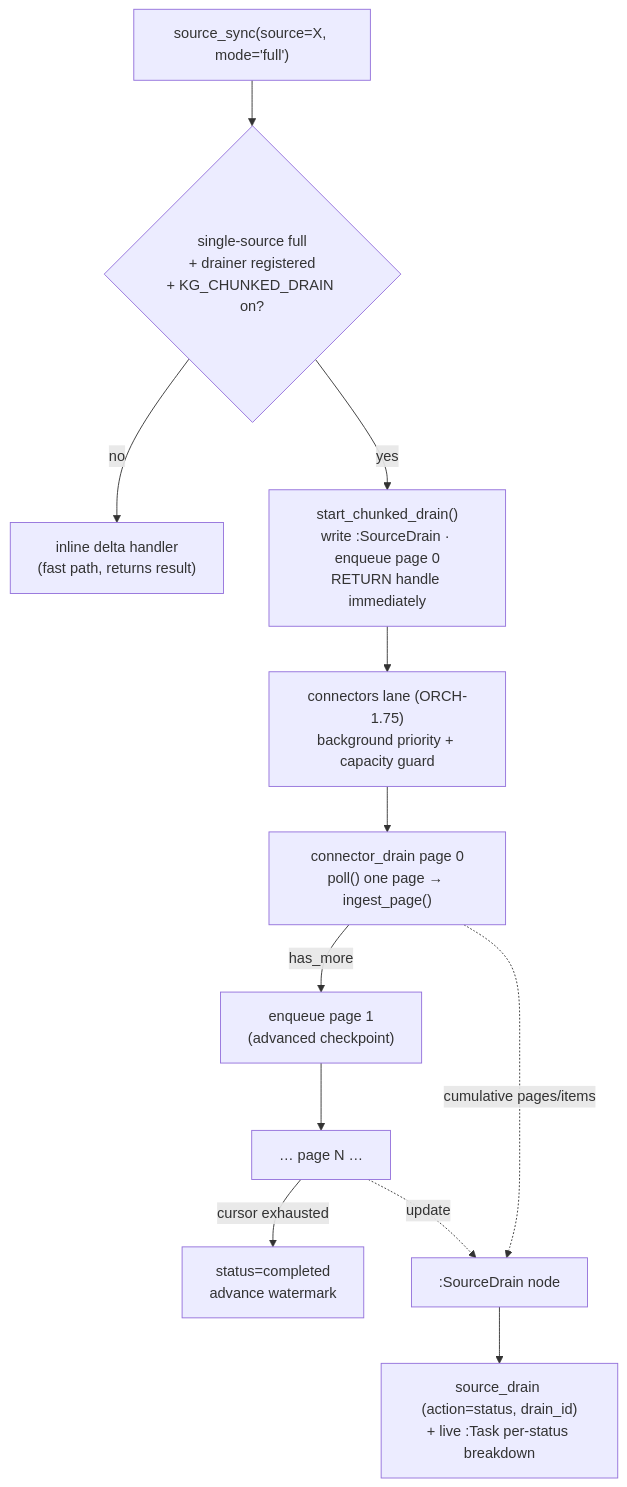
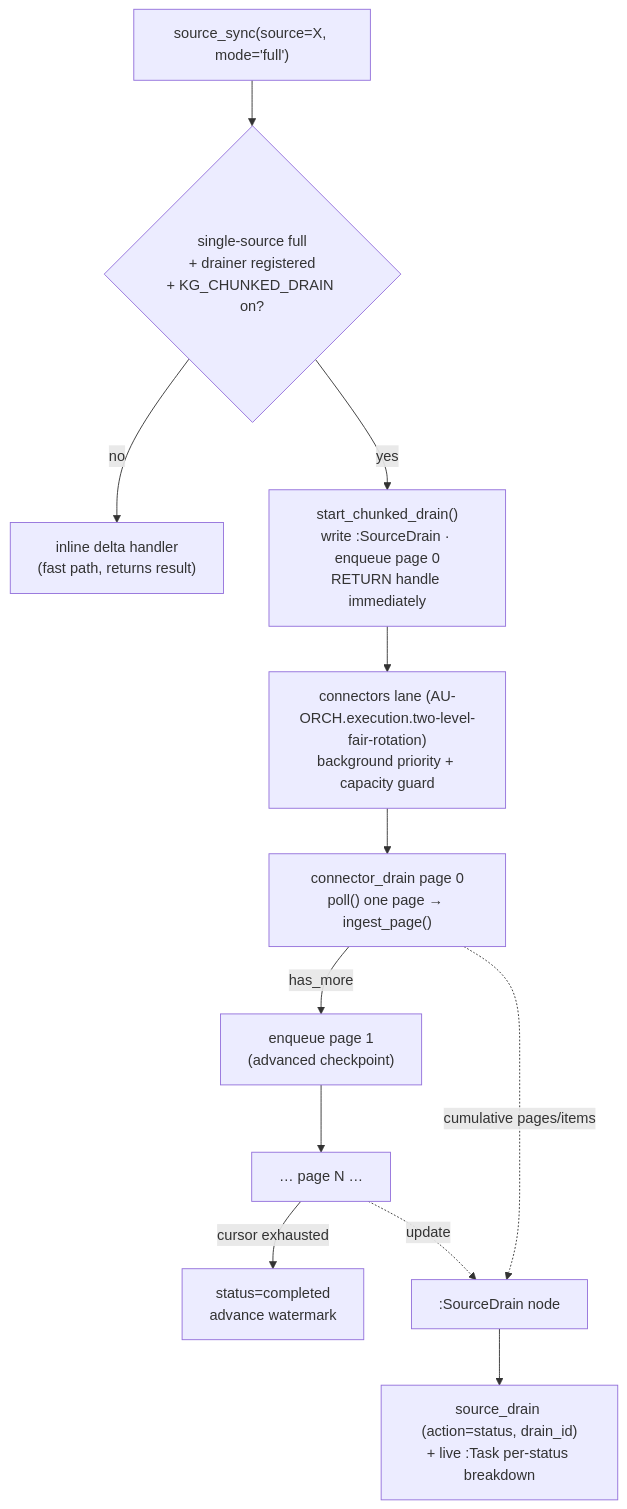
One commit to Knuckles-Team/agent-utilities changed the diagram in docs/architecture/chunked-async-drain.md. Above: the diagram before and after it, drawn with Mermaid. The commit also changed other lines of this file and 2324 other files, not shown here.

````diff
--- a/docs/architecture/chunked-async-drain.md
+++ b/docs/architecture/chunked-async-drain.md
@@ -102,14 +102,14 @@
 ```mermaid
 flowchart TD
     A["source_sync(source=X, mode='full')"] --> B{"single-source full<br/>+ drainer registered<br/>+ KG_CHUNKED_DRAIN on?"}
     B -- no --> INL["inline delta handler<br/>(fast path, returns result)"]
     B -- yes --> C["start_chunked_drain()<br/>write :SourceDrain · enqueue page 0<br/>RETURN handle immediately"]
-    C --> Q["connectors lane (ORCH-1.75)<br/>background priority + capacity guard"]
+    C --> Q["connectors lane (AU-ORCH.execution.two-level-fair-rotation)<br/>background priority + capacity guard"]
     Q --> P0["connector_drain page 0<br/>poll() one page → ingest_page()"]
     P0 -->|has_more| P1["enqueue page 1<br/>(advanced checkpoint)"]
     P1 --> Pn["… page N …"]
     Pn -->|cursor exhausted| DONE["status=completed<br/>advance watermark"]
     P0 -. "cumulative pages/items" .-> SD[":SourceDrain node"]
     Pn -. update .-> SD
     SD --> ST["source_drain (action=status, drain_id)<br/>+ live :Task per-status breakdown"]
 ```
````
